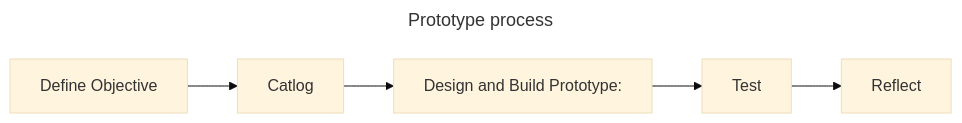
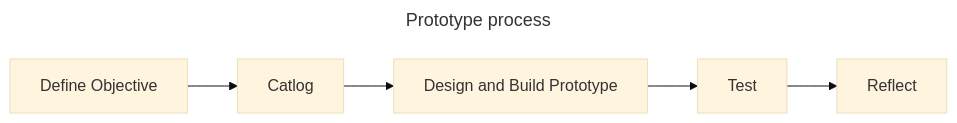
Before and after one commit to knatarasan/knatarasan.github.io: the first of 3 diagrams in _posts/2025-07-03-this-is-prototype-book.md, drawn with Mermaid (base theme). The commit also changed other lines of this file and 1 other file, not shown here.

````diff
--- a/_posts/2025-07-03-this-is-prototype-book.md
+++ b/_posts/2025-07-03-this-is-prototype-book.md
@@ -61,10 +53,10 @@
 ```mermaid
 ---
 title: Prototype process
 ---
 flowchart LR
 DO[Define Objective] --> C[Catlog]
-C--> DE[Design and Build Prototype: ]
+C--> DE[Design and Build Prototype]
 DE --> TE[Test]
 TE --> RE[Reflect]
 ```
````
